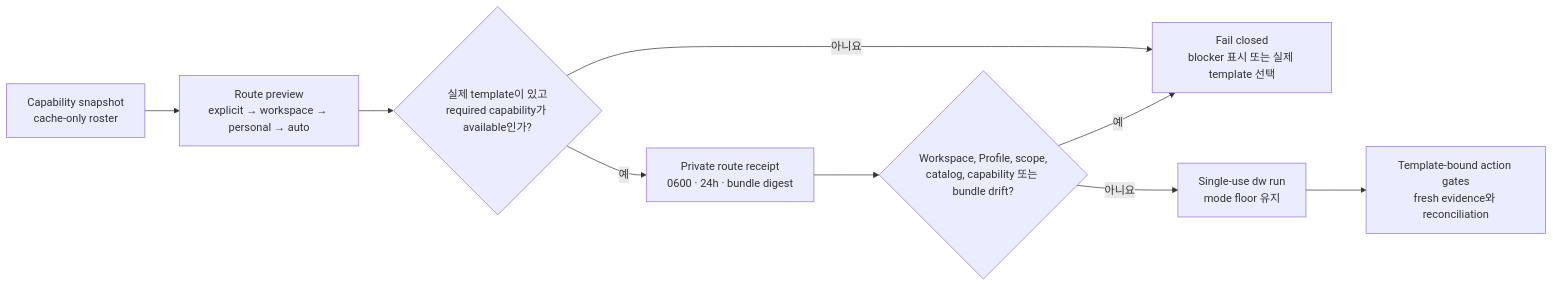
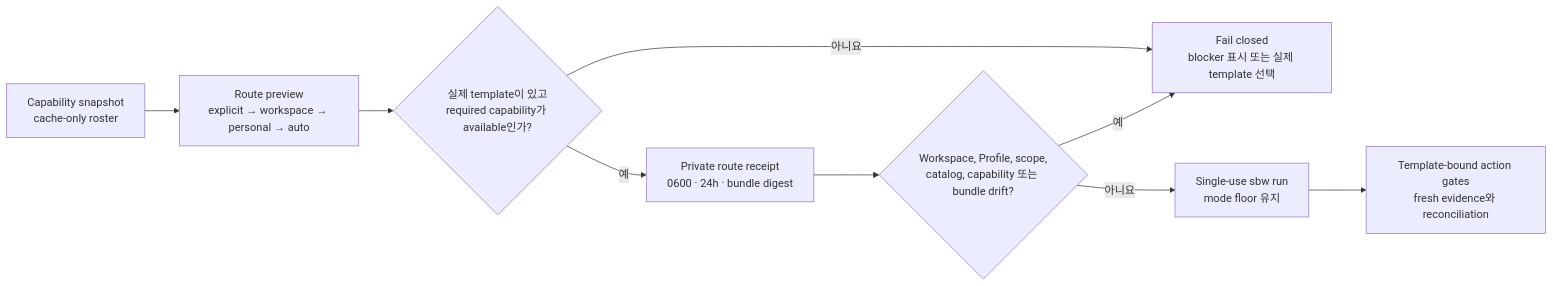
Before and after one commit to stephen-taipei/better-workflows: the second of 4 diagrams in docs/README.ko.md, drawn with Mermaid. The commit also changed other lines of this file and 23 other files, not shown here.

````diff
--- a/docs/README.ko.md
+++ b/docs/README.ko.md
@@ -175,11 +175,11 @@
 ```mermaid
 flowchart LR
   A["Capability snapshot<br/>cache-only roster"] --> B["Route preview<br/>explicit → workspace → personal → auto"]
   B --> C{"실제 template이 있고<br/>required capability가 available인가?"}
   C -- "아니요" --> D["Fail closed<br/>blocker 표시 또는 실제 template 선택"]
   C -- "예" --> E["Private route receipt<br/>0600 · 24h · bundle digest"]
   E --> F{"Workspace, Profile, scope,<br/>catalog, capability 또는 bundle drift?"}
   F -- "예" --> D
-  F -- "아니요" --> G["Single-use dw run<br/>mode floor 유지"]
+  F -- "아니요" --> G["Single-use sbw run<br/>mode floor 유지"]
   G --> H["Template-bound action gates<br/>fresh evidence와 reconciliation"]
 ```
````
